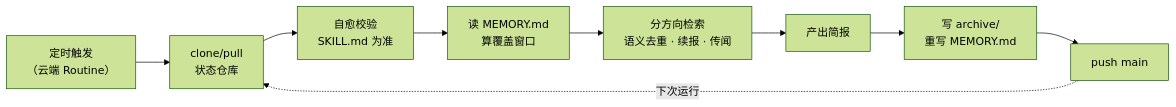
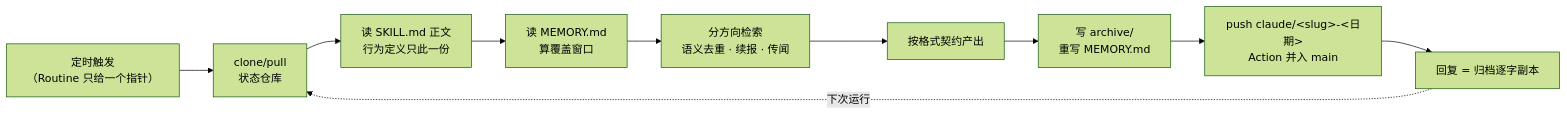
Before and after one commit to nonnoob/claude-briefings: the diagram in README.md, drawn with Mermaid (forest theme). The commit also changed other lines of this file and 1 other file, not shown here.

````diff
--- a/README.md
+++ b/README.md
@@ -55,11 +59,12 @@
 ```mermaid
 flowchart LR
-    A["定时触发<br/>（云端 Routine）"] --> B["clone/pull<br/>状态仓库"]
-    B --> C["自愈校验<br/>SKILL.md 为准"]
+    A["定时触发<br/>（Routine 只给一个指针）"] --> B["clone/pull<br/>状态仓库"]
+    B --> C["读 SKILL.md 正文<br/>行为定义只此一份"]
     C --> D["读 MEMORY.md<br/>算覆盖窗口"]
     D --> E["分方向检索<br/>语义去重 · 续报 · 传闻"]
-    E --> F["产出简报"]
+    E --> F["按格式契约产出"]
     F --> G["写 archive/<br/>重写 MEMORY.md"]
-    G --> H["push main"]
-    H -.下次运行.-> B
+    G --> H["push claude/&lt;slug&gt;-&lt;日期&gt;<br/>Action 并入 main"]
+    H --> I["回复 = 归档逐字副本"]
+    I -.下次运行.-> B
 ```
````
